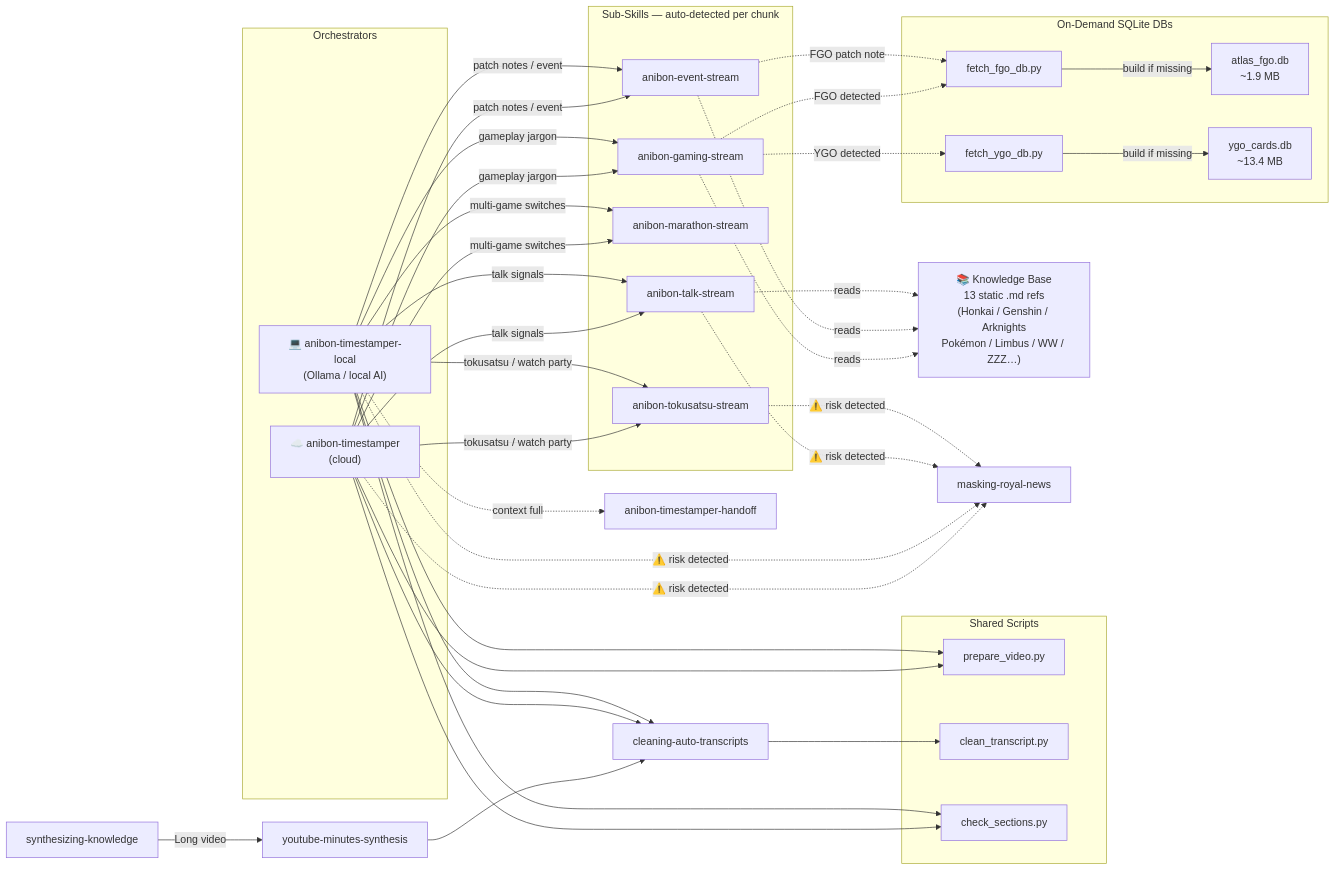
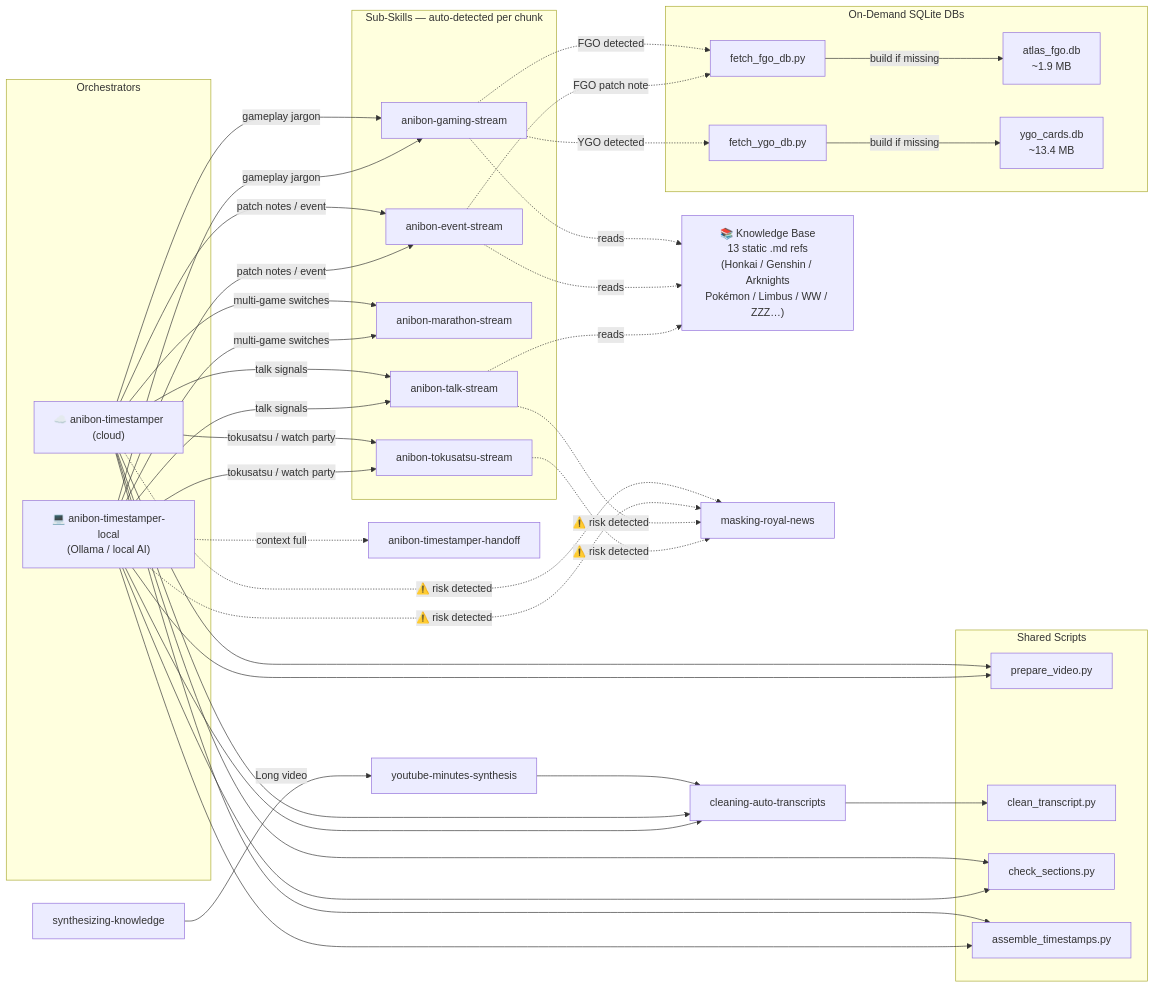
One commit to ZenitHTH/anibon-stream-synthesis changed the diagram in README.md. Above: the diagram before and after it, drawn with Mermaid. The commit also changed other lines of this file, not shown here.

Commit message:
docs: update README with assemble_timestamps.py and --vision flag docs

````diff
--- a/README.md
+++ b/README.md
@@ -110,76 +110,79 @@
 ```mermaid
 graph LR
     subgraph Orchestrators
         AT["☁️ anibon-timestamper\n(cloud)"]
         ATL["💻 anibon-timestamper-local\n(Ollama / local AI)"]
     end
 
     subgraph SubSkills["Sub-Skills — auto-detected per chunk"]
         TS[anibon-talk-stream]
         GS[anibon-gaming-stream]
         MS[anibon-marathon-stream]
         ES[anibon-event-stream]
         TK[anibon-tokusatsu-stream]
     end
 
     subgraph Scripts["Shared Scripts"]
         PV[prepare_video.py]
         CT[clean_transcript.py]
         CS[check_sections.py]
+        ASM[assemble_timestamps.py]
     end
 
     subgraph DBs["On-Demand SQLite DBs"]
         FGOS[fetch_fgo_db.py]
         YGOS[fetch_ygo_db.py]
         FGODB["atlas_fgo.db\n~1.9 MB"]
         YGODB["ygo_cards.db\n~13.4 MB"]
     end
 
     KB["📚 Knowledge Base\n13 static .md refs\n(Honkai / Genshin / Arknights\nPokémon / Limbus / WW / ZZZ…)"]
 
     %% Entry points
     SK[synthesizing-knowledge] -->|Long video| YMS[youtube-minutes-synthesis]
     YMS --> CAT[cleaning-auto-transcripts]
     CAT --> CT
 
     %% Orchestrators → transcript prep & cleanup
-    AT --> PV
-    AT --> CAT
-    AT --> CS
-    ATL --> PV
-    ATL --> CAT
-    ATL --> CS
+    AT ---> PV
+    AT ---> CAT
+    AT ---> CS
+    AT ---> ASM
+    ATL ---> PV
+    ATL ---> CAT
+    ATL ---> CS
+    ATL ---> ASM
 
     %% Orchestrators → sub-skill routing (auto-detected per chunk)
     AT -->|talk signals| TS
     AT -->|gameplay jargon| GS
     AT -->|multi-game switches| MS
     AT -->|patch notes / event| ES
     AT -->|tokusatsu / watch party| TK
     ATL -->|talk signals| TS
     ATL -->|gameplay jargon| GS
     ATL -->|multi-game switches| MS
     ATL -->|patch notes / event| ES
     ATL -->|tokusatsu / watch party| TK
 
     %% Sub-skills read static knowledge base
     GS -.->|reads| KB
     ES -.->|reads| KB
     TS -.->|reads| KB
 
     %% ATL-only: handoff for context exhaustion
     ATL -.->|context full| ATH[anibon-timestamper-handoff]
 
     %% Safety masking — only when risk signals detected
     AT -.->|"⚠️ risk detected"| MRN[masking-royal-news]
     ATL -.->|"⚠️ risk detected"| MRN
     TS -.->|"⚠️ risk detected"| MRN
     TK -.->|"⚠️ risk detected"| MRN
 
     %% DB bootstrap chain — triggered by game content detection
     GS -.->|FGO detected| FGOS
     ES -.->|FGO patch note| FGOS
     GS -.->|YGO detected| YGOS
     FGOS -->|build if missing| FGODB
     YGOS -->|build if missing| YGODB
 ```
````
